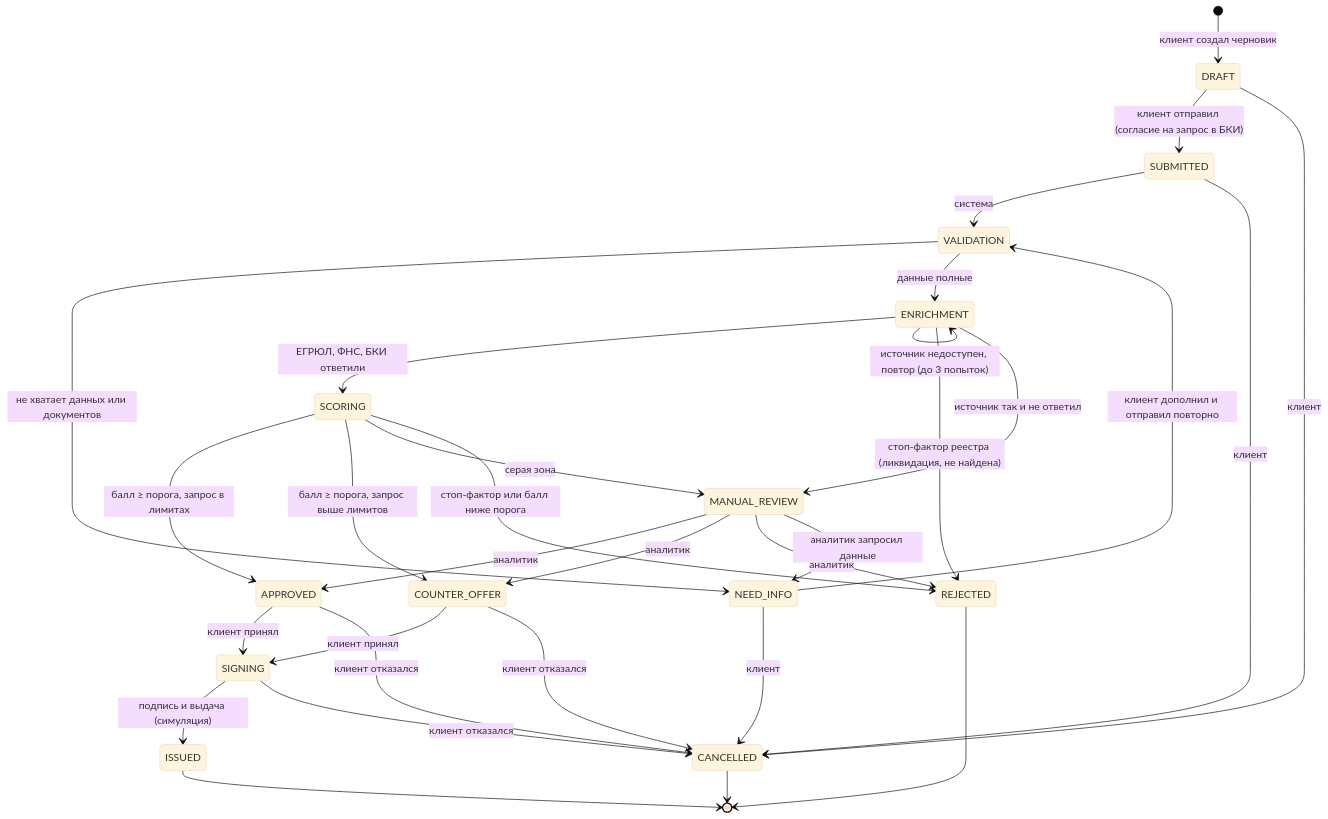
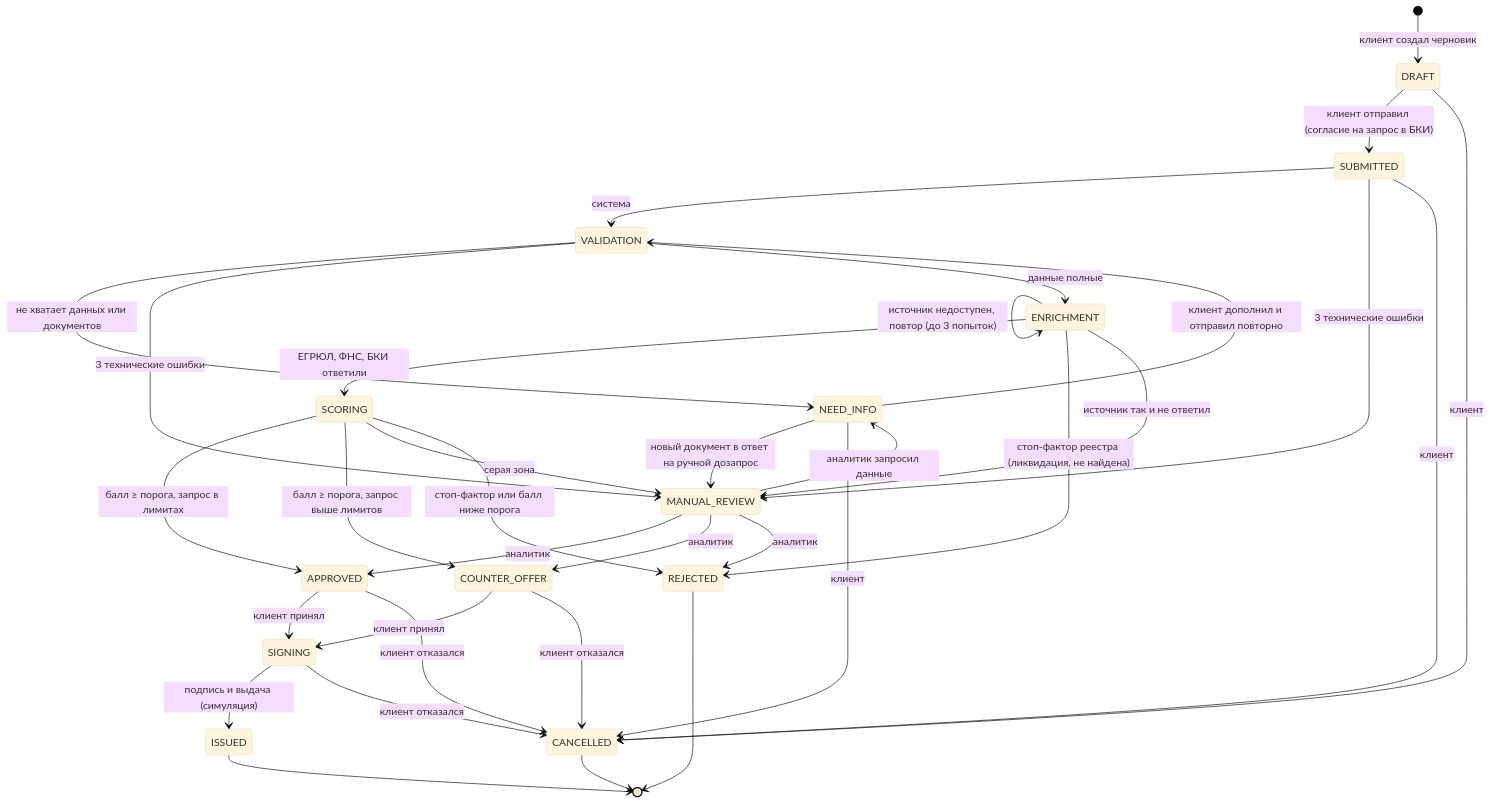
Before and after one commit to Makasinnnnnn/AlphaFutureHackaton: the diagram in docs/state-machine.md, drawn with Mermaid (base theme). The commit also changed 6 other files, not shown here.

````diff
--- a/docs/state-machine.md
+++ b/docs/state-machine.md
@@ -5,40 +5,43 @@
 ```mermaid
 stateDiagram-v2
     [*] --> DRAFT: клиент создал черновик
     DRAFT --> SUBMITTED: клиент отправил (согласие на запрос в БКИ)
     SUBMITTED --> VALIDATION: система
 
     VALIDATION --> NEED_INFO: не хватает данных или документов
     NEED_INFO --> VALIDATION: клиент дополнил и отправил повторно
+    NEED_INFO --> MANUAL_REVIEW: новый документ в ответ на ручной дозапрос
+    SUBMITTED --> MANUAL_REVIEW: 3 технические ошибки
+    VALIDATION --> MANUAL_REVIEW: 3 технические ошибки
     VALIDATION --> ENRICHMENT: данные полные
 
     ENRICHMENT --> SCORING: ЕГРЮЛ, ФНС, БКИ ответили
     ENRICHMENT --> ENRICHMENT: источник недоступен, повтор (до 3 попыток)
     ENRICHMENT --> REJECTED: стоп-фактор реестра (ликвидация, не найдена)
     ENRICHMENT --> MANUAL_REVIEW: источник так и не ответил
 
     SCORING --> APPROVED: балл ≥ порога, запрос в лимитах
     SCORING --> COUNTER_OFFER: балл ≥ порога, запрос выше лимитов
     SCORING --> MANUAL_REVIEW: серая зона
     SCORING --> REJECTED: стоп-фактор или балл ниже порога
 
     MANUAL_REVIEW --> APPROVED: аналитик
     MANUAL_REVIEW --> COUNTER_OFFER: аналитик
     MANUAL_REVIEW --> REJECTED: аналитик
     MANUAL_REVIEW --> NEED_INFO: аналитик запросил данные
 
     APPROVED --> SIGNING: клиент принял
     COUNTER_OFFER --> SIGNING: клиент принял
     SIGNING --> ISSUED: подпись и выдача (симуляция)
 
     DRAFT --> CANCELLED: клиент
     SUBMITTED --> CANCELLED: клиент
     NEED_INFO --> CANCELLED: клиент
     APPROVED --> CANCELLED: клиент отказался
     COUNTER_OFFER --> CANCELLED: клиент отказался
     SIGNING --> CANCELLED: клиент отказался
 
     ISSUED --> [*]
     REJECTED --> [*]
     CANCELLED --> [*]
 ```
````
